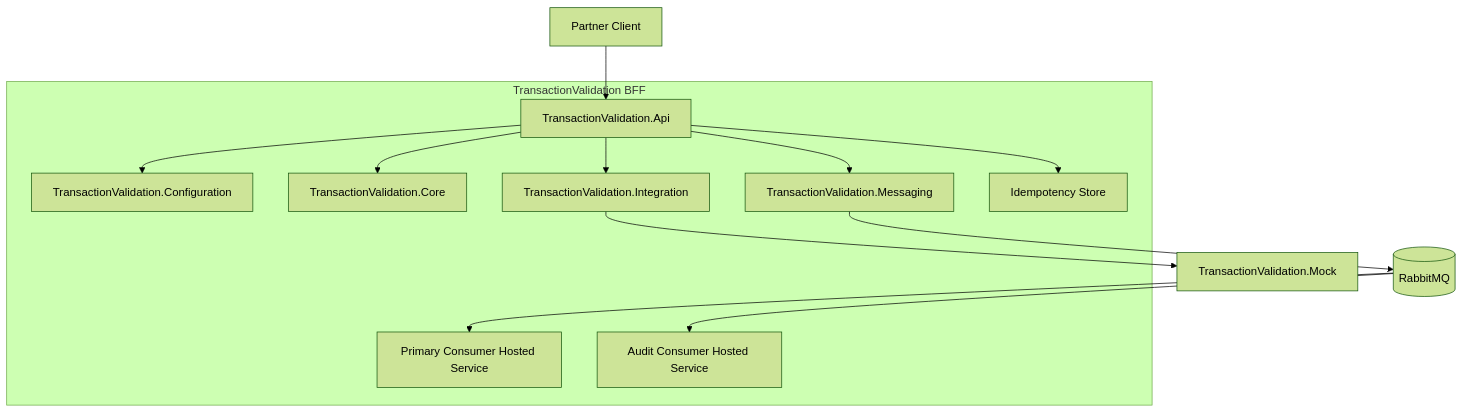
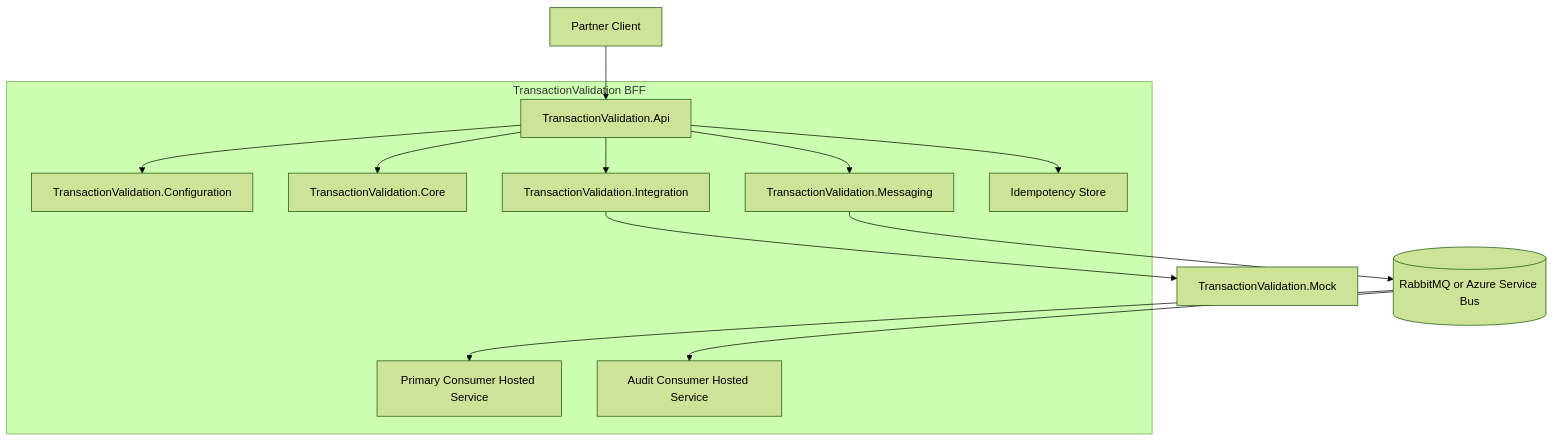
The second of 3 diagrams in docs/architecture_design/Architecture_design.md (haudtech/transaction-validation), drawn with Mermaid (forest theme) before and after one commit. The commit also changed other lines of this file and 7 other files, not shown here.

First line of the commit message:
- Corrects E2E tests aligning to both mode: Real Azure service bus and RabbitMQ. - Updates docs

````diff
--- a/docs/architecture_design/Architecture_design.md
+++ b/docs/architecture_design/Architecture_design.md
@@ -39,25 +41,25 @@
 ```mermaid
 flowchart TB
     subgraph BFF[TransactionValidation BFF]
         Api[TransactionValidation.Api]
         Cfg[TransactionValidation.Configuration]
         Core[TransactionValidation.Core]
         Intg[TransactionValidation.Integration]
         Msg[TransactionValidation.Messaging]
         Primary[Primary Consumer Hosted Service]
         Audit[Audit Consumer Hosted Service]
         Idem[Idempotency Store]
     end
 
     Partner[Partner Client] --> Api
     Api --> Cfg
     Api --> Core
     Api --> Intg
     Api --> Msg
     Api --> Idem
 
     Intg --> Mock[TransactionValidation.Mock]
-    Msg --> MQ[(RabbitMQ)]
-    MQ --> Primary
-    MQ --> Audit
+    Msg --> Broker[(RabbitMQ or Azure Service Bus)]
+    Broker --> Primary
+    Broker --> Audit
 ```
````
